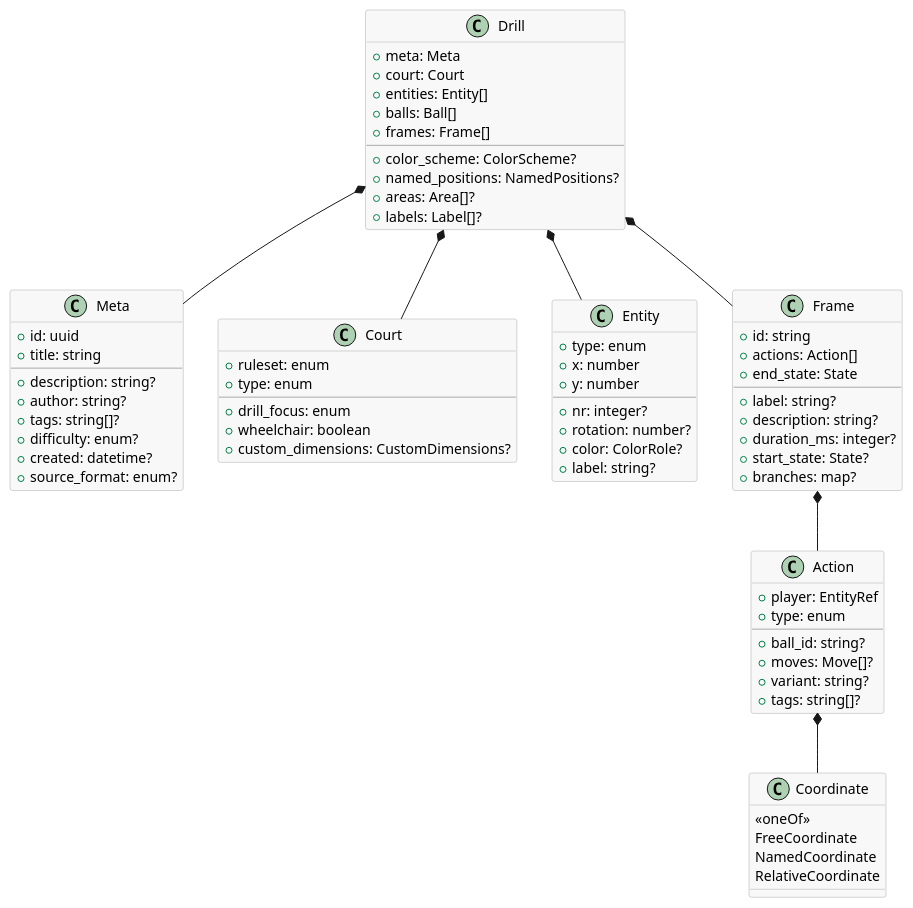
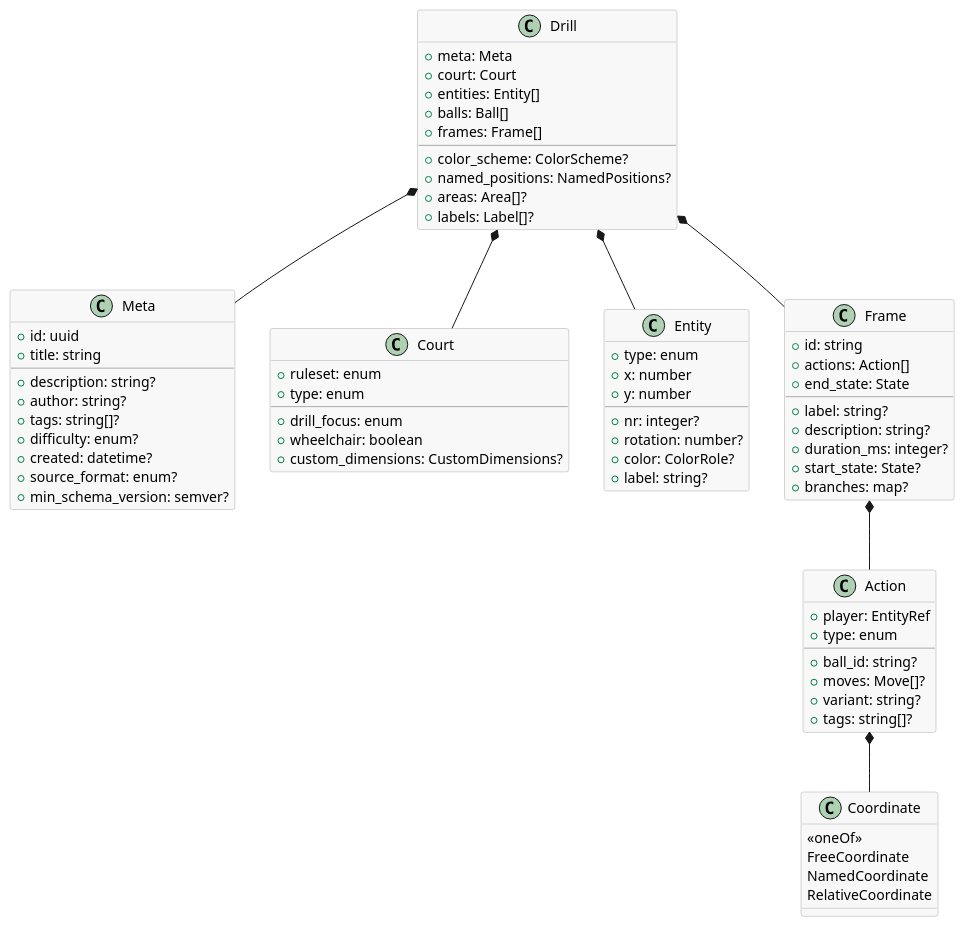
One commit to opencoachingformat/spec changed the first of 2 diagrams in docs/specification-v1.adoc. Above: the diagram before and after it, drawn with PlantUML. The commit also changed other lines of this file and 14 other files, not shown here.

First line of the commit message:
RFC 0005: schema version signals (v1.4.0) (#43)

```diff
--- a/docs/specification-v1.adoc
+++ b/docs/specification-v1.adoc
@@ -1181,6 +1195,7 @@
   +difficulty: enum?
   +created: datetime?
   +source_format: enum?
+  +min_schema_version: semver?
 }
 
 class Court {
```
